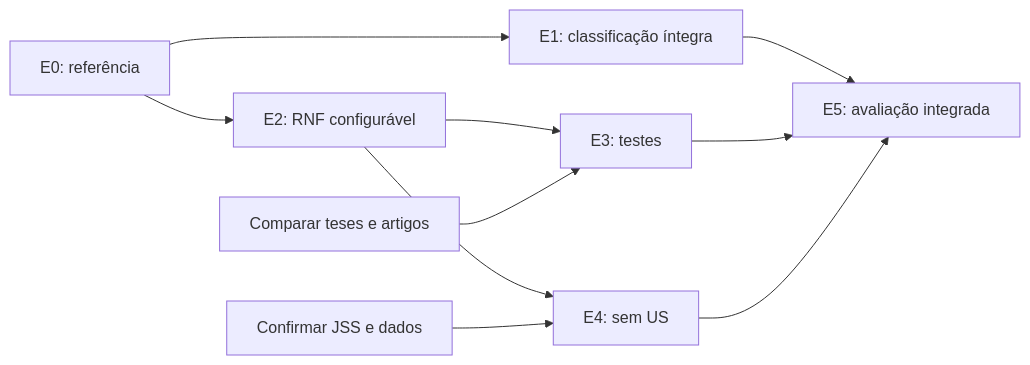
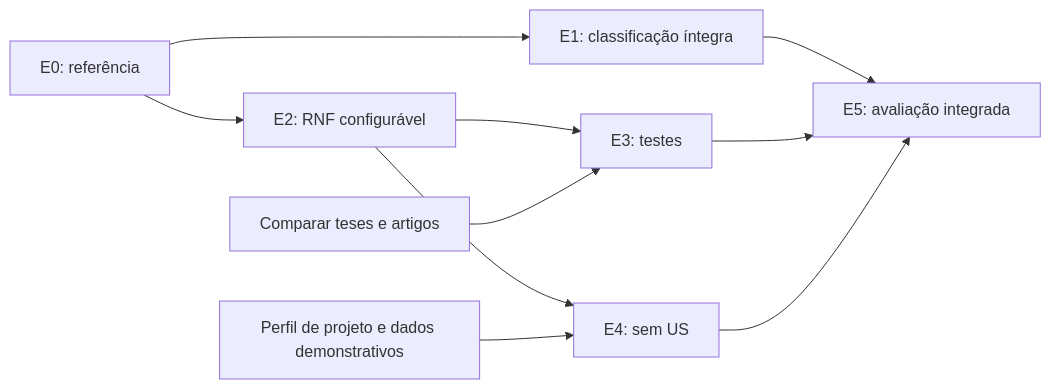
The second of 2 diagrams in docs/plano-evolucao-us-agent.md (cadumeneses/us-agent), drawn with Mermaid before and after one commit. The commit also changed other lines of this file and 49 other files, not shown here.

````diff
--- a/docs/plano-evolucao-us-agent.md
+++ b/docs/plano-evolucao-us-agent.md
@@ -168,12 +178,12 @@
 ```mermaid
 flowchart LR
     E0[E0: referência] --> E1[E1: classificação íntegra]
     E0 --> E2[E2: RNF configurável]
     E2 --> E3[E3: testes]
     E2 --> E4[E4: sem US]
     E1 --> E5[E5: avaliação integrada]
     E3 --> E5
     E4 --> E5
     F[Comparar teses e artigos] --> E3
-    J[Confirmar JSS e dados] --> E4
+    J[Perfil de projeto e dados demonstrativos] --> E4
 ```
````
